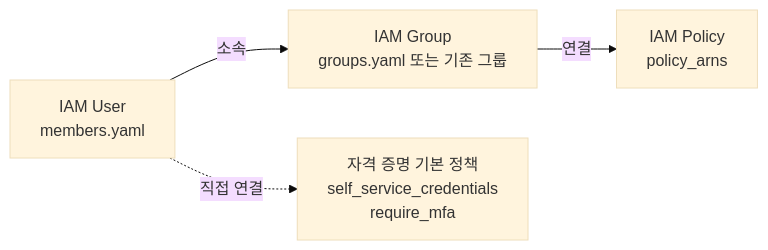
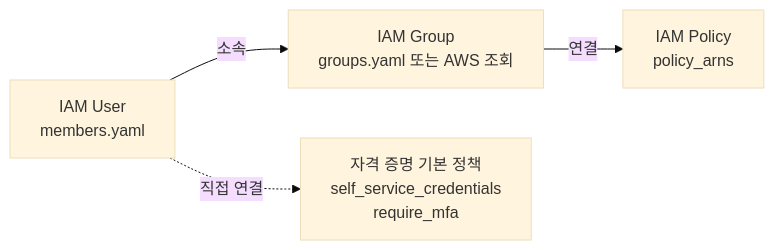
One commit to kintoun-secops/kintoun-infra changed the diagram in identity/docs/change-access.md. Above: the diagram before and after it, drawn with Mermaid (base theme). The commit also changed other lines of this file and 14 other files, not shown here.

````diff
--- a/identity/docs/change-access.md
+++ b/identity/docs/change-access.md
@@ -10,11 +10,11 @@
 ```mermaid
 graph LR
   U["IAM User<br/>members.yaml"]
-  G["IAM Group<br/>groups.yaml 또는 기존 그룹"]
+  G["IAM Group<br/>groups.yaml 또는 AWS 조회"]
   P["IAM Policy<br/>policy_arns"]
   B["자격 증명 기본 정책<br/>self_service_credentials<br/>require_mfa"]
 
   U -->|소속| G
   G -->|연결| P
   U -.->|직접 연결| B
 ```
````
